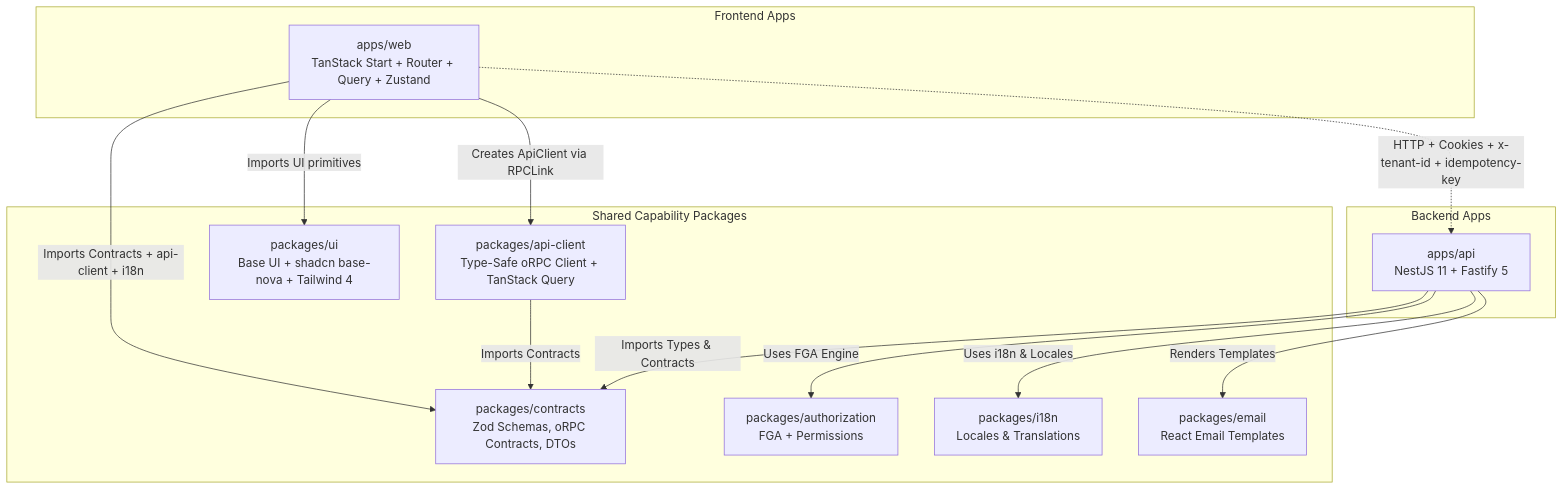
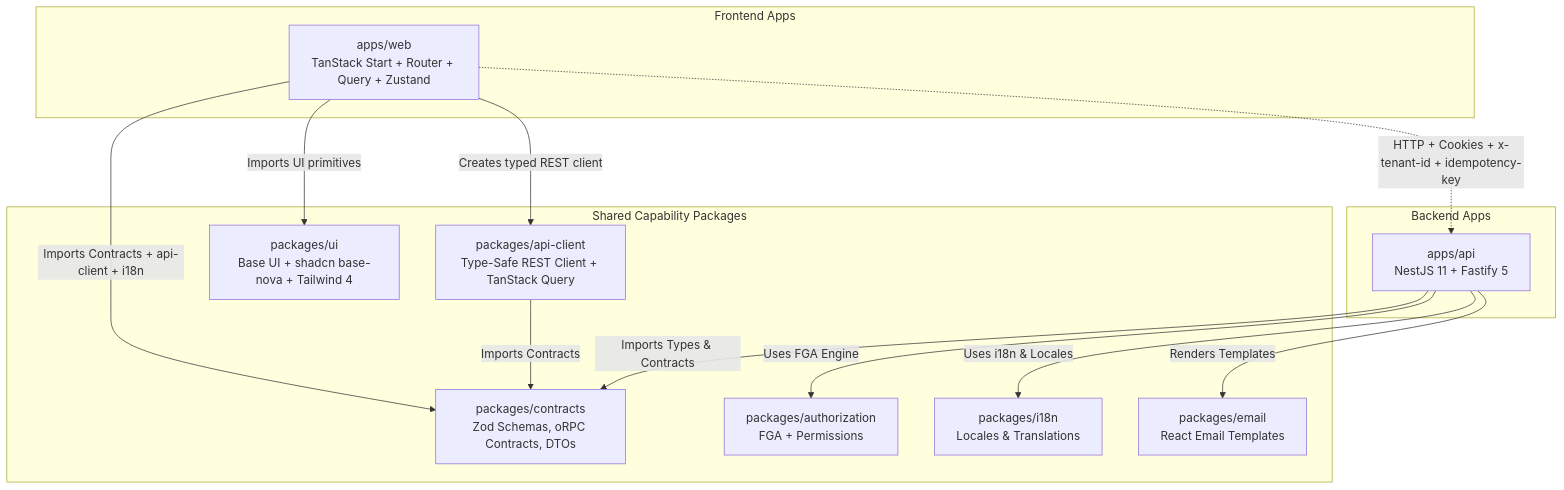
One commit to ihssmaheel-dev/modular-monolith-architecture changed the first of 3 diagrams in ARCHITECTURE.md. Above: the diagram before and after it, drawn with Mermaid. The commit also changed other lines of this file and 190 other files, not shown here.

````diff
--- a/ARCHITECTURE.md
+++ b/ARCHITECTURE.md
@@ -15,30 +15,30 @@
 ```mermaid
 graph TD
     subgraph Frontend Apps
         Web[apps/web<br>TanStack Start + Router + Query + Zustand]
     end
 
     subgraph Backend Apps
         A[apps/api<br>NestJS 11 + Fastify 5]
     end
 
     subgraph Shared Capability Packages
         S[packages/contracts<br>Zod Schemas, oRPC Contracts, DTOs]
         AuthZ[packages/authorization<br>FGA + Permissions]
         I18N[packages/i18n<br>Locales & Translations]
-        Client[packages/api-client<br>Type-Safe oRPC Client + TanStack Query]
+        Client[packages/api-client<br>Type-Safe REST Client + TanStack Query]
         UI[packages/ui<br>Base UI + shadcn base-nova + Tailwind 4]
         Email[packages/email<br>React Email Templates]
     end
 
     A -->|Imports Types & Contracts| S
     A -->|Uses FGA Engine| AuthZ
     A -->|Uses i18n & Locales| I18N
     A -->|Renders Templates| Email
     Client -->|Imports Contracts| S
     Web -->|Imports Contracts + api-client + i18n| S
     Web -->|Imports UI primitives| UI
-    Web -->|Creates ApiClient via RPCLink| Client
+    Web -->|Creates typed REST client| Client
 
     Web -.->|HTTP + Cookies + x-tenant-id + idempotency-key| A
 ```
````
